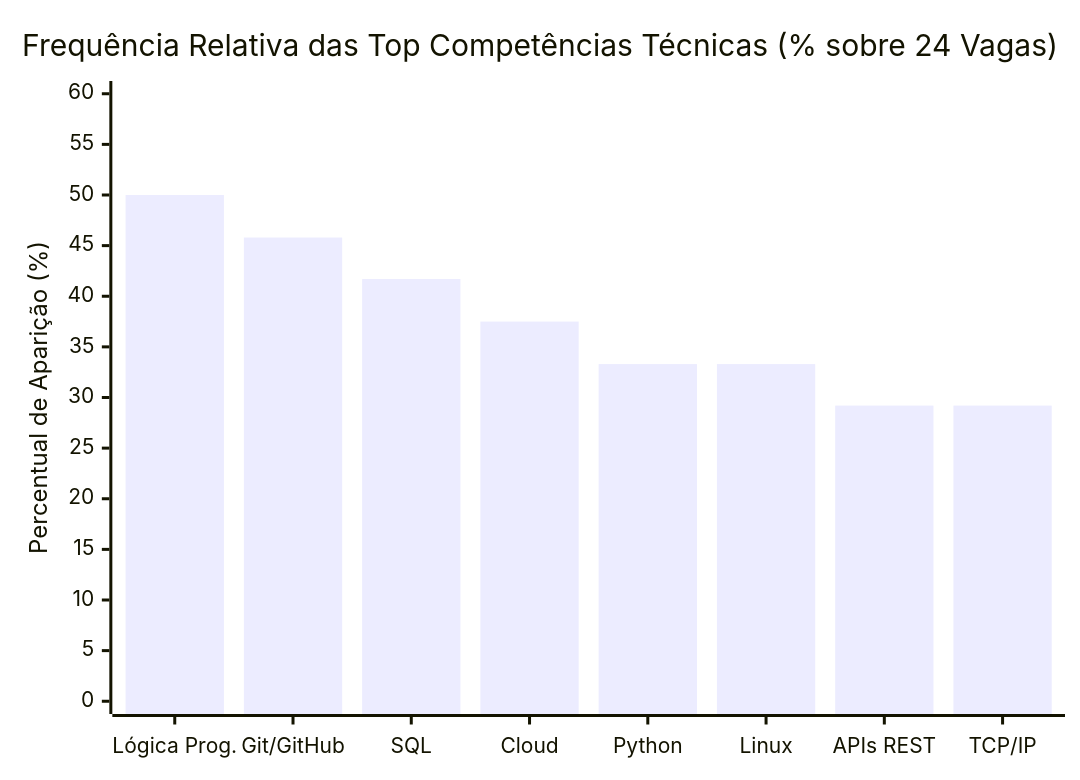
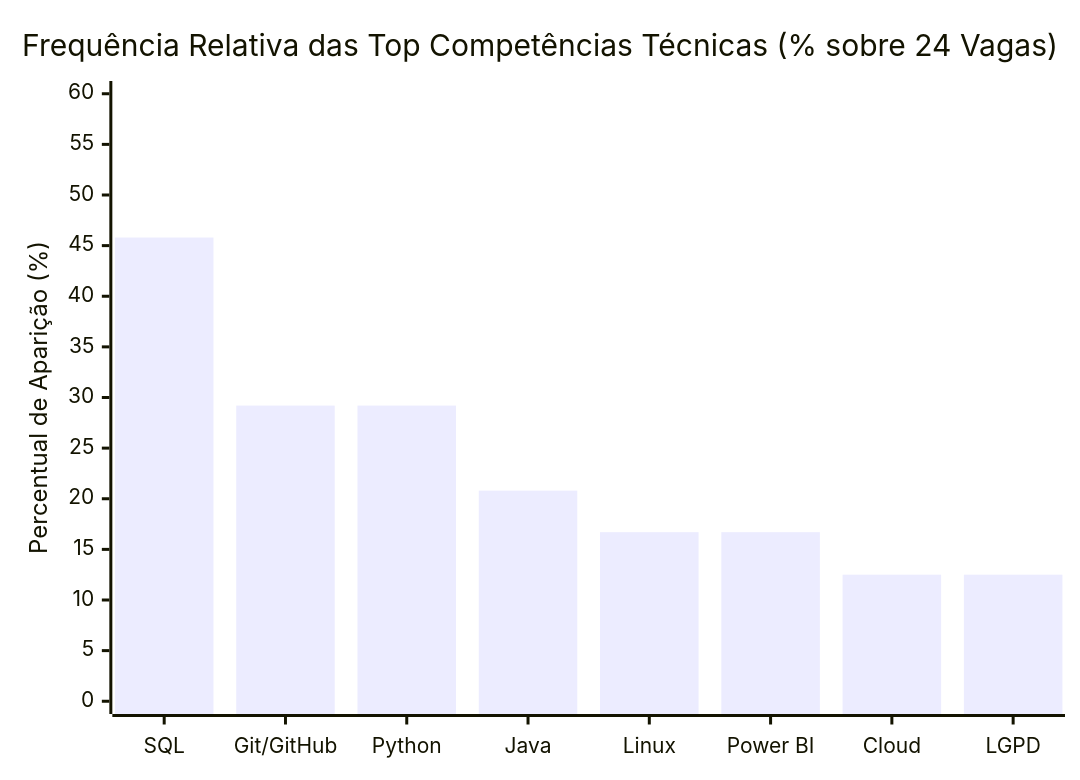
One commit to iGabrielCampos/Projeto_Integrador changed the first of 4 diagrams in 01_mercado/dossie_mercado.md. Above: the diagram before and after it, drawn with Mermaid. The commit also changed other lines of this file and 21 other files, not shown here.

````diff
--- a/01_mercado/dossie_mercado.md
+++ b/01_mercado/dossie_mercado.md
@@ -128,7 +128,7 @@
 ```mermaid
 xychart-beta
     title "Frequência Relativa das Top Competências Técnicas (% sobre 24 Vagas)"
-    x-axis ["Lógica Prog.", "Git/GitHub", "SQL", "Cloud", "Python", "Linux", "APIs REST", "TCP/IP"]
+    x-axis ["SQL", "Git/GitHub", "Python", "Java", "Linux", "Power BI", "Cloud", "LGPD"]
     y-axis "Percentual de Aparição (%)" 0 --> 60
-    bar [50.0, 45.8, 41.7, 37.5, 33.3, 33.3, 29.2, 29.2]
+    bar [45.8, 29.2, 29.2, 20.8, 16.7, 16.7, 12.5, 12.5]
 ```
````
